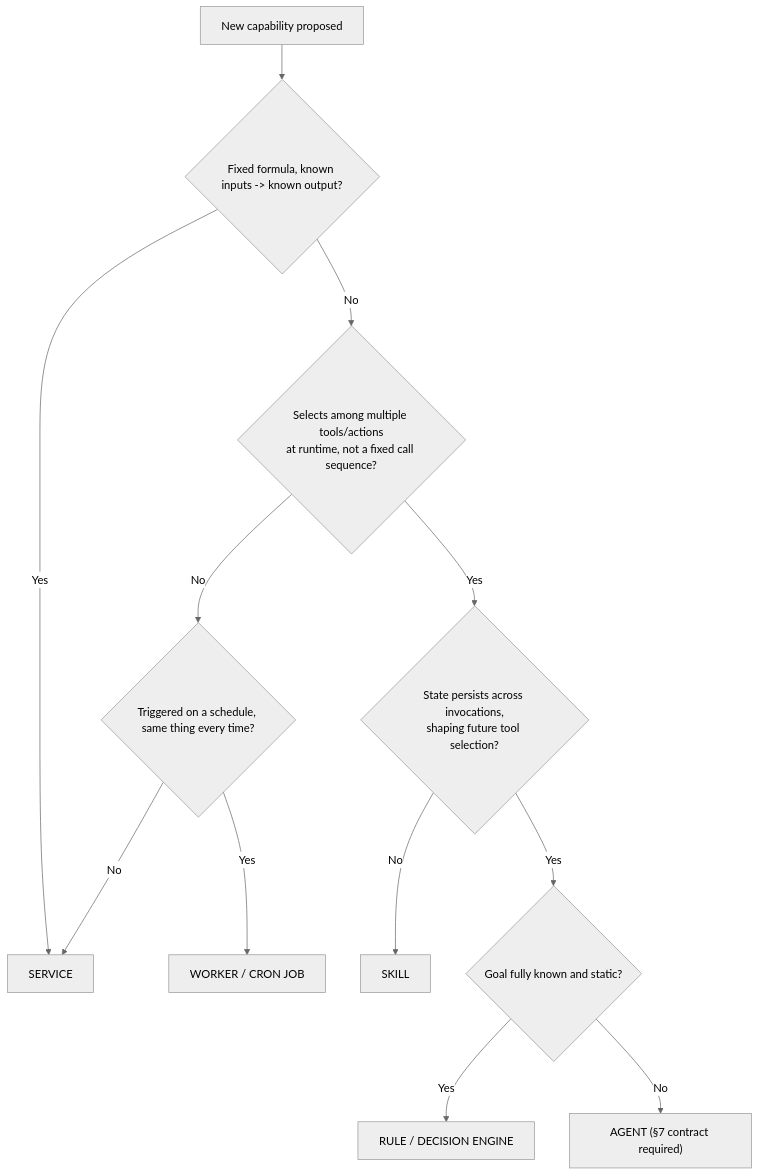
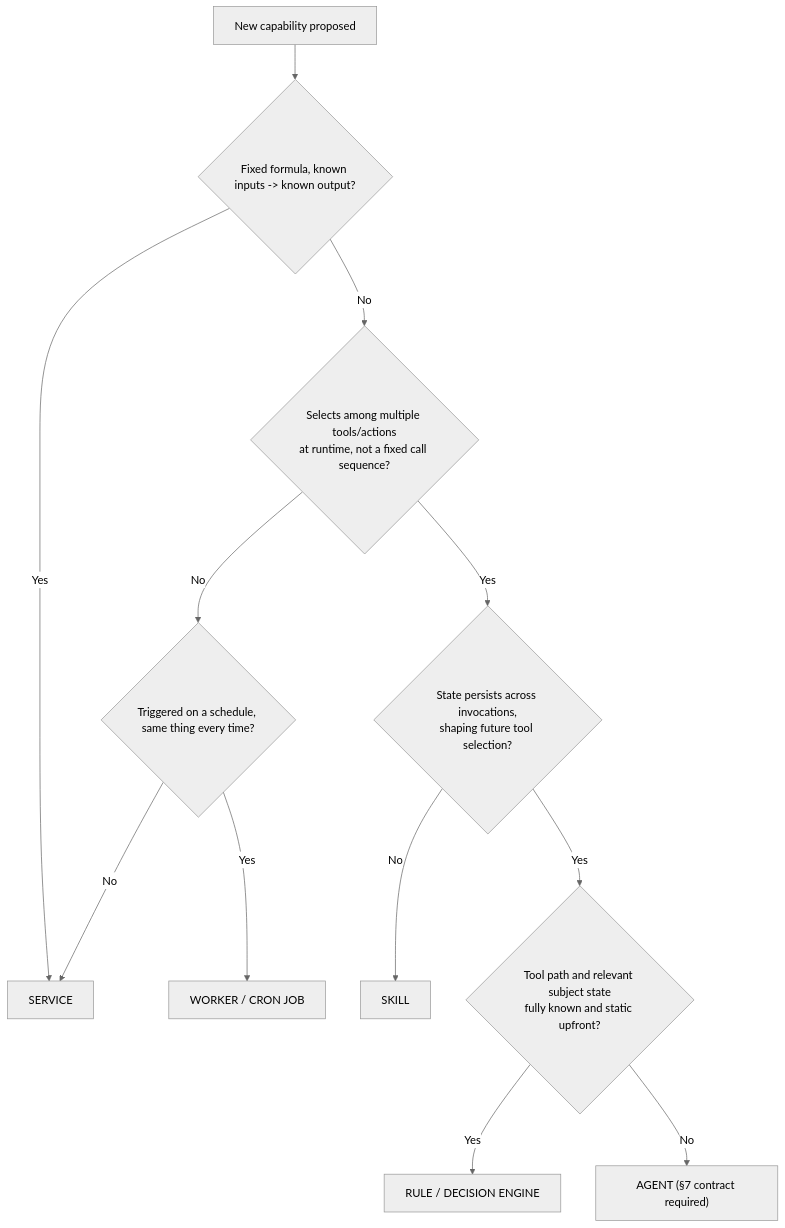
Before and after one commit to madhuboyin/contract-to-cozy1: the second of 10 diagrams in docs/architecture/C2C_INTELLIGENCE_AGENTIC_EVOLUTION_ARCHITECTURE.md, drawn with Mermaid (neutral theme). The commit also changed other lines of this file, not shown here.

Commit message:
Close agentic architecture review gaps

````diff
--- a/docs/architecture/C2C_INTELLIGENCE_AGENTIC_EVOLUTION_ARCHITECTURE.md
+++ b/docs/architecture/C2C_INTELLIGENCE_AGENTIC_EVOLUTION_ARCHITECTURE.md
@@ -348,14 +387,14 @@
 ```mermaid
 graph TD
   START["New capability proposed"] --> Q1{"Fixed formula, known inputs -> known output?"}
   Q1 -->|Yes| SVC["SERVICE"]
   Q1 -->|No| Q2{"Selects among multiple tools/actions\nat runtime, not a fixed call sequence?"}
   Q2 -->|No| Q3{"Triggered on a schedule, same thing every time?"}
   Q3 -->|Yes| WORKER["WORKER / CRON JOB"]
   Q3 -->|No| SVC
   Q2 -->|Yes| Q4{"State persists across invocations,\nshaping future tool selection?"}
   Q4 -->|No| SKILL["SKILL"]
-  Q4 -->|Yes| Q5{"Goal fully known and static?"}
+  Q4 -->|Yes| Q5{"Tool path and relevant subject state\nfully known and static upfront?"}
   Q5 -->|Yes| RULE["RULE / DECISION ENGINE"]
   Q5 -->|No| AGENT["AGENT (§7 contract required)"]
 ```
````
